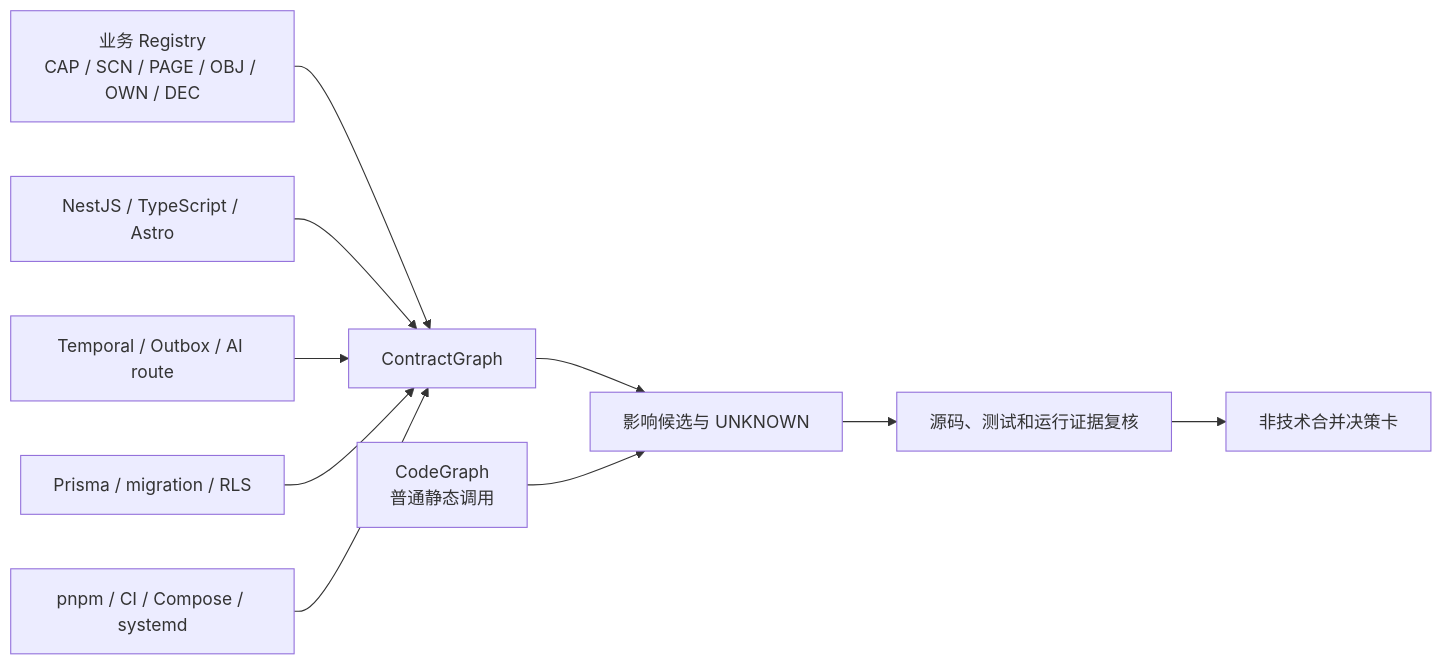
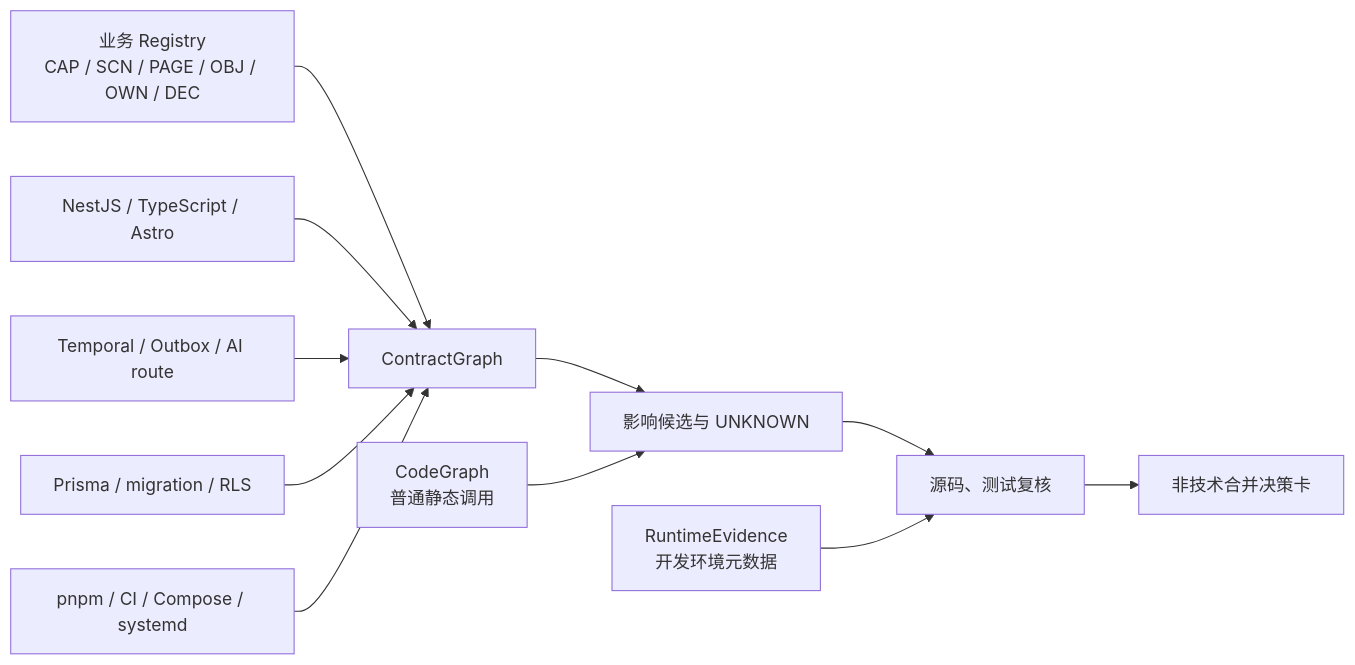
One commit to mlhjyx/global-backend changed the diagram in docs/ai-development/code-intelligence.md. Above: the diagram before and after it, drawn with Mermaid. The commit also changed other lines of this file and 10 other files, not shown here.

First line of the commit message:
feat(code-intelligence): add development runtime evidence

````diff
--- a/docs/ai-development/code-intelligence.md
+++ b/docs/ai-development/code-intelligence.md
@@ -14,12 +14,13 @@
 ```mermaid
 flowchart LR
     A["业务 Registry<br/>CAP / SCN / PAGE / OBJ / OWN / DEC"] --> G["ContractGraph"]
     B["NestJS / TypeScript / Astro"] --> G
     C["Temporal / Outbox / AI route"] --> G
     D["Prisma / migration / RLS"] --> G
     E["pnpm / CI / Compose / systemd"] --> G
     G --> H["影响候选与 UNKNOWN"]
     K["CodeGraph<br/>普通静态调用"] --> H
-    H --> I["源码、测试和运行证据复核"]
+    H --> I["源码、测试复核"]
+    R["RuntimeEvidence<br/>开发环境元数据"] --> I
     I --> J["非技术合并决策卡"]
 ```
````
